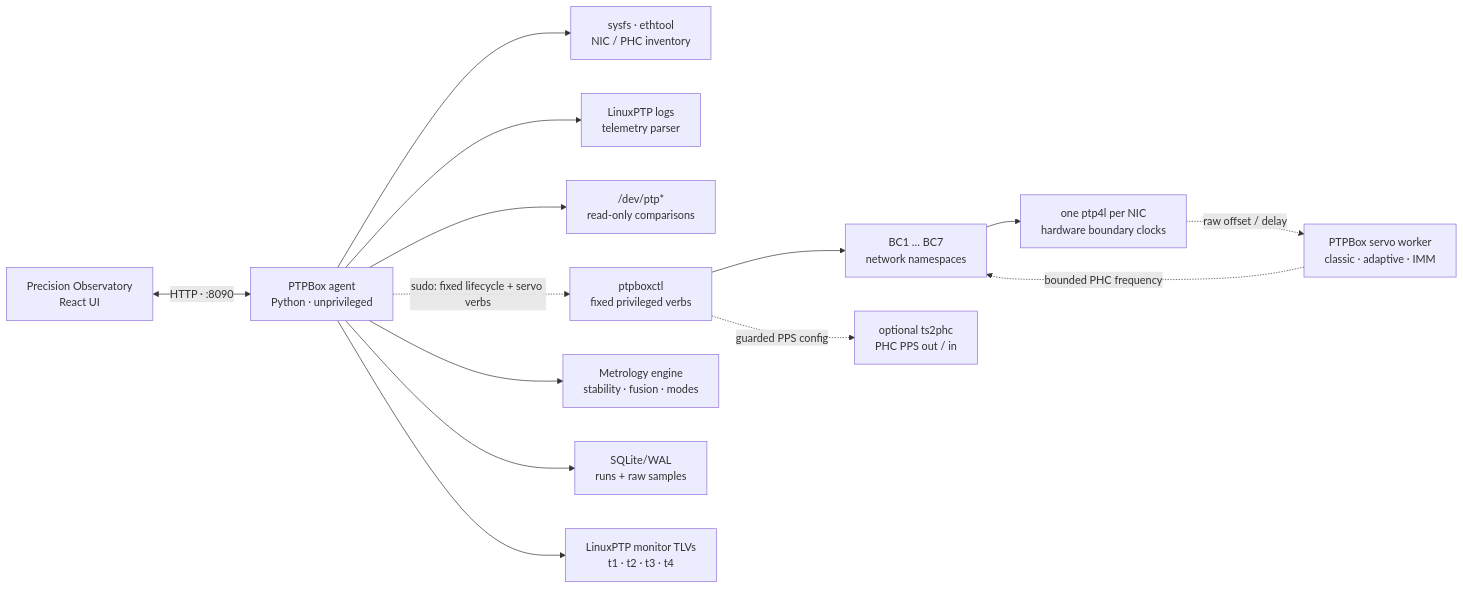
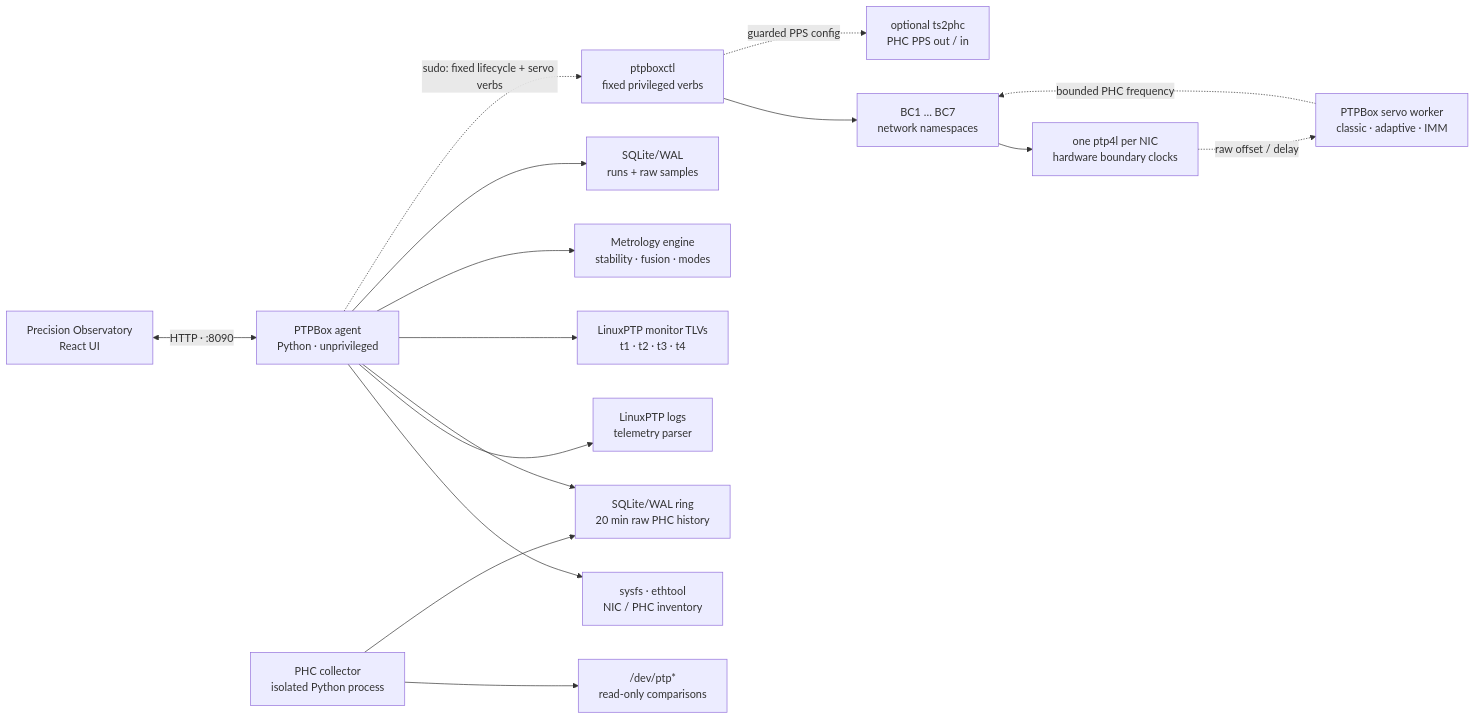
Before and after one commit to ahmadexp/PTPBox: the diagram in README.md, drawn with Mermaid. The commit also changed other lines of this file and 16 other files, not shown here.

Commit message:
Isolate PHC collection and repair raw trace rendering

````diff
--- a/README.md
+++ b/README.md
@@ -404,29 +411,33 @@
 ```mermaid
 flowchart LR
     Browser["Precision Observatory\nReact UI"]
     Agent["PTPBox agent\nPython · unprivileged"]
+    Collector["PHC collector\nisolated Python process"]
     Inventory["sysfs · ethtool\nNIC / PHC inventory"]
     Logs["LinuxPTP logs\ntelemetry parser"]
     PHCs["/dev/ptp*\nread-only comparisons"]
+    RawStore["SQLite/WAL ring\n20 min raw PHC history"]
     Helper["ptpboxctl\nfixed privileged verbs"]
     Research["Metrology engine\nstability · fusion · modes"]
     Store["SQLite/WAL\nruns + raw samples"]
     Events["LinuxPTP monitor TLVs\nt1 · t2 · t3 · t4"]
     Kalman["PTPBox servo worker\nclassic · adaptive · IMM"]
     NS["BC1 … BC7\nnetwork namespaces"]
     PTP["one ptp4l per NIC\nhardware boundary clocks"]
 
     Browser <-->|"HTTP · :8090"| Agent
     Agent --> Inventory
     Agent --> Logs
-    Agent --> PHCs
+    Collector --> PHCs
+    Collector --> RawStore
+    Agent --> RawStore
     Agent --> Events
     Agent --> Research
     Agent --> Store
     Agent -. "sudo: fixed lifecycle + servo verbs" .-> Helper
     Helper --> NS
     NS --> PTP
     PTP -. "raw offset / delay" .-> Kalman
     Kalman -. "bounded PHC frequency" .-> NS
     Helper -. "guarded PPS config" .-> PPS["optional ts2phc\nPHC PPS out / in"]
 ```
````
